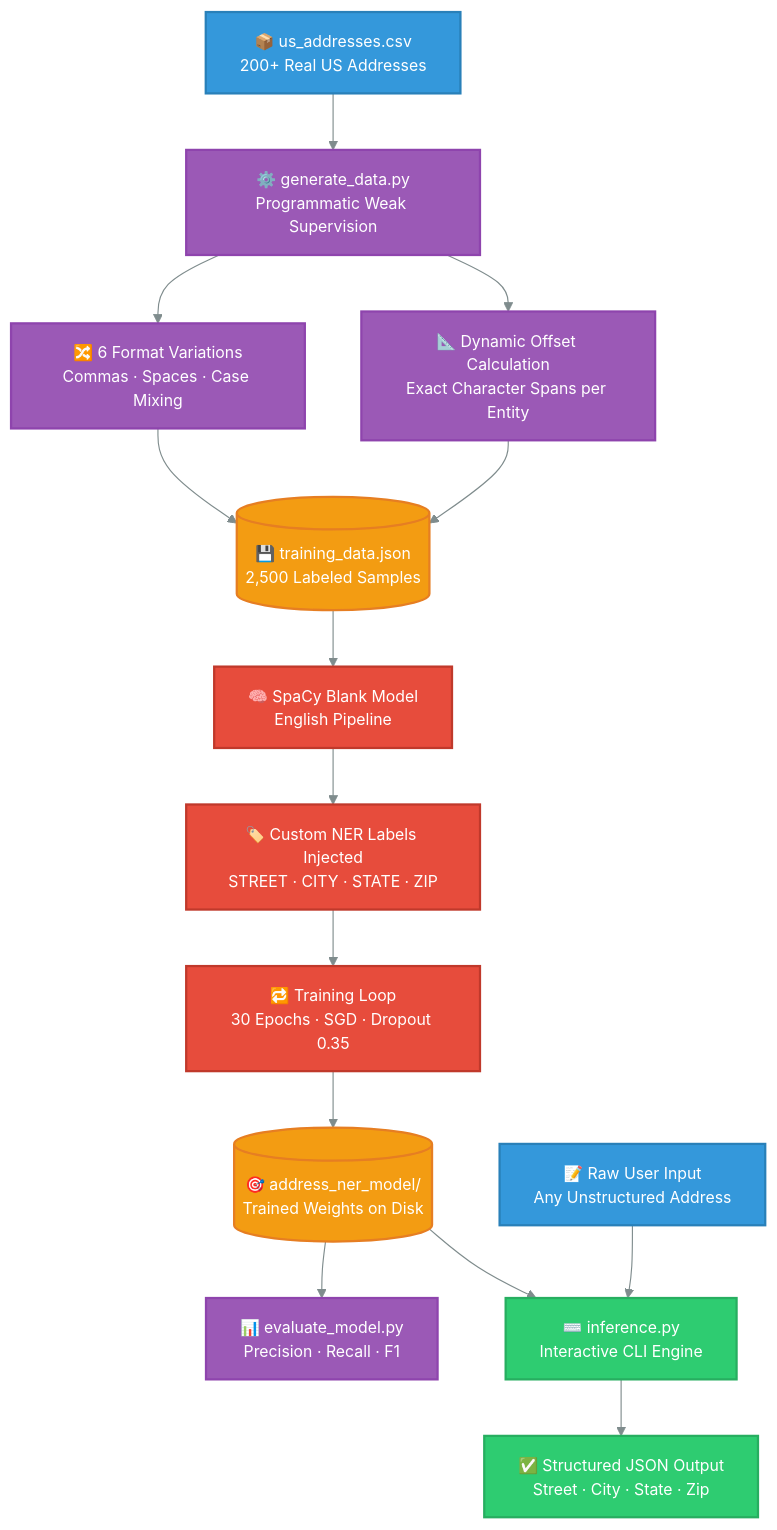
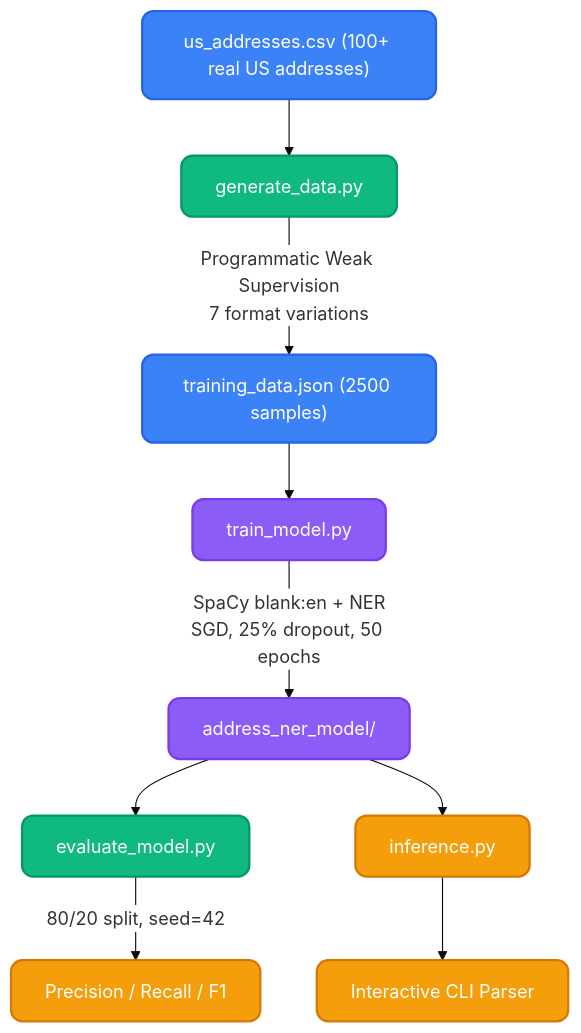
One commit to SHAILESH-RS-UPADHYAY/iota-address-parser changed the diagram in README.md. Above: the diagram before and after it, drawn with Mermaid. The commit also changed other lines of this file, not shown here.

Commit message:
docs: comprehensive README with architecture, metrics, and design decisions

````diff
--- a/README.md
+++ b/README.md
@@ -37,38 +36,17 @@
 ```mermaid
-%%{init: {'theme': 'base', 'themeVariables': {'primaryColor': '#4A90D9', 'primaryTextColor': '#FFFFFF', 'primaryBorderColor': '#2C5F8A', 'secondaryColor': '#F39C12', 'tertiaryColor': '#2ECC71', 'lineColor': '#7F8C8D', 'fontSize': '14px'}}}%%
+%%{init: {'theme': 'base', 'themeVariables': { 'primaryColor': '#4F46E5', 'edgeLabelBackground':'#ffffff'}}}%%
+graph TD
+    classDef data fill:#3b82f6,stroke:#2563eb,stroke-width:2px,color:#fff,rx:10px,ry:10px;
+    classDef process fill:#10b981,stroke:#059669,stroke-width:2px,color:#fff,rx:10px,ry:10px;
+    classDef model fill:#8b5cf6,stroke:#7c3aed,stroke-width:2px,color:#fff,rx:10px,ry:10px;
+    classDef output fill:#f59e0b,stroke:#d97706,stroke-width:2px,color:#fff,rx:10px,ry:10px;
 
-flowchart TD
-    classDef dataNode fill:#3498DB,stroke:#2980B9,color:#fff,stroke-width:2px
-    classDef processNode fill:#9B59B6,stroke:#8E44AD,color:#fff,stroke-width:2px
-    classDef modelNode fill:#E74C3C,stroke:#C0392B,color:#fff,stroke-width:2px
-    classDef outputNode fill:#2ECC71,stroke:#27AE60,color:#fff,stroke-width:2px
-    classDef fileNode fill:#F39C12,stroke:#E67E22,color:#fff,stroke-width:2px
-
-    A["📦 us_addresses.csv<br/>200+ Real US Addresses"]:::dataNode
-    B["⚙️ generate_data.py<br/>Programmatic Weak Supervision"]:::processNode
-    C["🔀 6 Format Variations<br/>Commas · Spaces · Case Mixing"]:::processNode
-    D["📐 Dynamic Offset Calculation<br/>Exact Character Spans per Entity"]:::processNode
-    E[("💾 training_data.json<br/>2,500 Labeled Samples")]:::fileNode
-    F["🧠 SpaCy Blank Model<br/>English Pipeline"]:::modelNode
-    G["🏷️ Custom NER Labels Injected<br/>STREET · CITY · STATE · ZIP"]:::modelNode
-    H["🔁 Training Loop<br/>30 Epochs · SGD · Dropout 0.35"]:::modelNode
-    I[("🎯 address_ner_model/<br/>Trained Weights on Disk")]:::fileNode
-    J["📊 evaluate_model.py<br/>Precision · Recall · F1"]:::processNode
-    K["⌨️ inference.py<br/>Interactive CLI Engine"]:::outputNode
-    L["📝 Raw User Input<br/>Any Unstructured Address"]:::dataNode
-    M["✅ Structured JSON Output<br/>Street · City · State · Zip"]:::outputNode
-
-    A --> B
-    B --> C
-    B --> D
-    C --> E
-    D --> E
-    E --> F
-    F --> G
-    G --> H
-    H --> I
-    I --> J
-    I --> K
-    L --> K
-    K --> M
+    A["us_addresses.csv (100+ real US addresses)"]:::data --> B["generate_data.py"]:::process
+    B -->|"Programmatic Weak Supervision<br/>7 format variations"| C["training_data.json (2500 samples)"]:::data
+    C --> D["train_model.py"]:::model
+    D -->|"SpaCy blank:en + NER<br/>SGD, 25% dropout, 50 epochs"| E["address_ner_model/"]:::model
+    E --> F["evaluate_model.py"]:::process
+    F -->|"80/20 split, seed=42"| G["Precision / Recall / F1"]:::output
+    E --> H["inference.py"]:::output
+    H --> I["Interactive CLI Parser"]:::output
 ```
````
